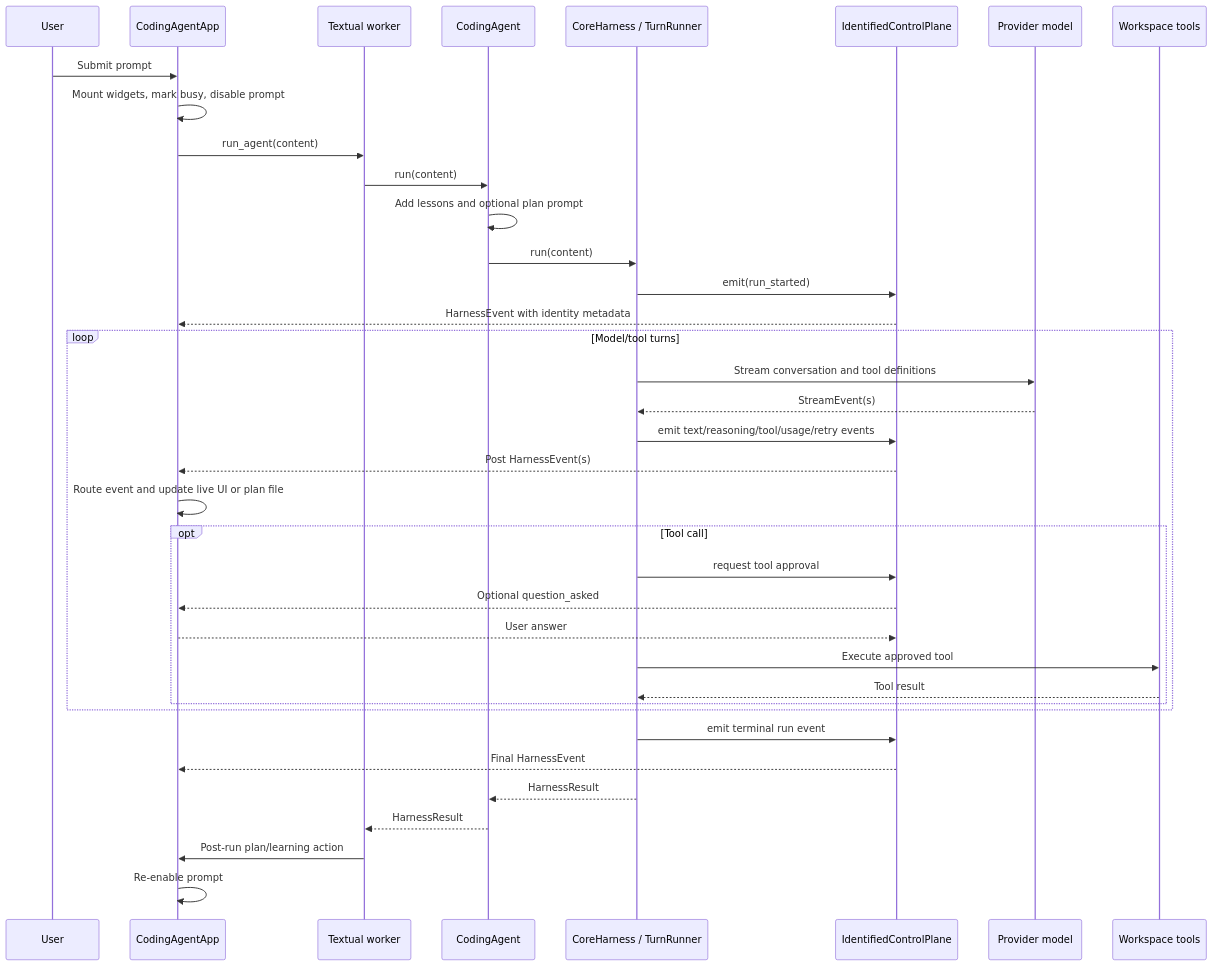
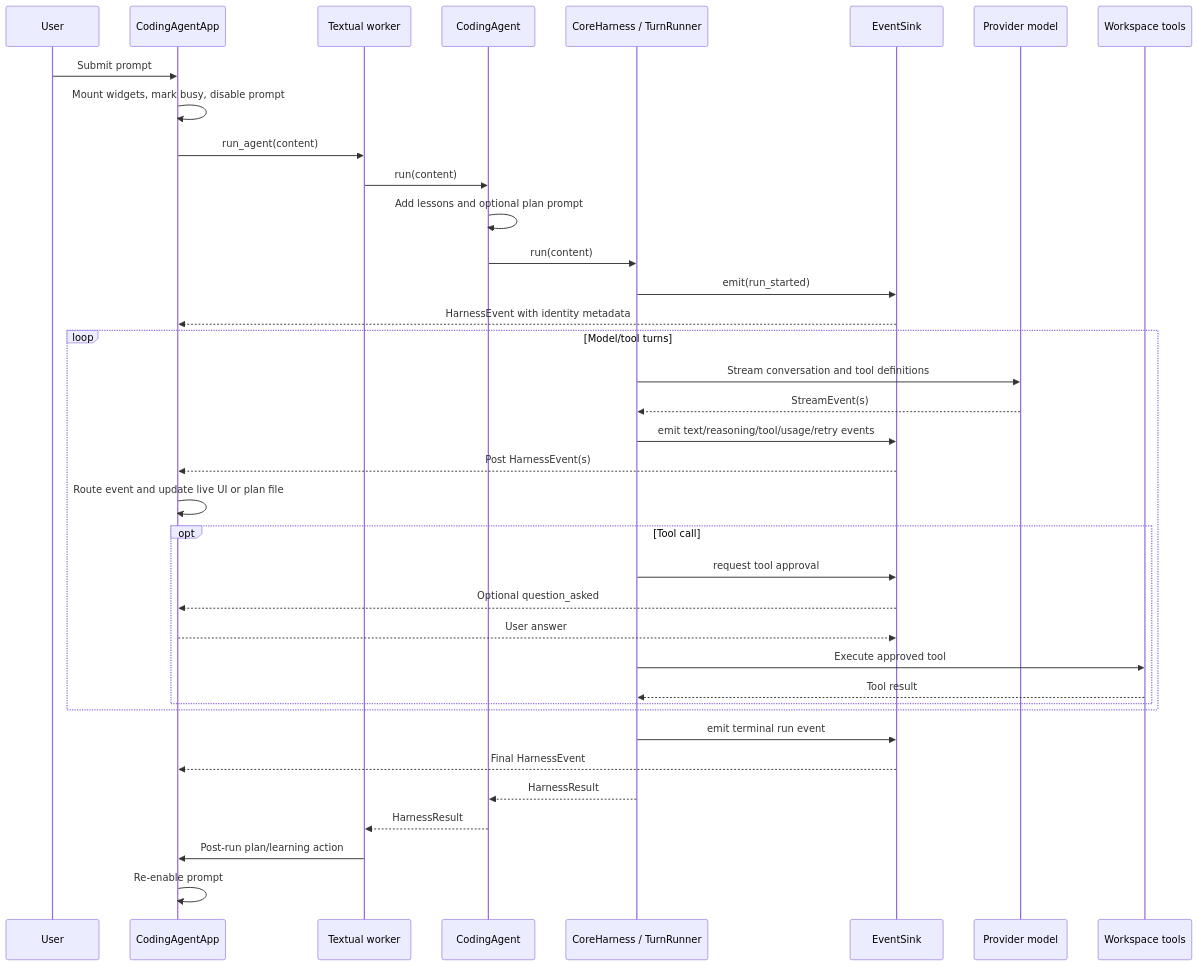
The second of 4 diagrams in coding_agent/TUI_ARCHITECTURE.md (Sarthakischauhan/symphony), drawn with Mermaid before and after one commit. The commit also changed other lines of this file and 63 other files, not shown here.

Commit message:
refactor: clean up event and runtime architecture

````diff
--- a/coding_agent/TUI_ARCHITECTURE.md
+++ b/coding_agent/TUI_ARCHITECTURE.md
@@ -82,42 +82,42 @@
 ```mermaid
 sequenceDiagram
     participant User
     participant TUI as CodingAgentApp
     participant Worker as Textual worker
     participant Agent as CodingAgent
     participant Harness as CoreHarness / TurnRunner
-    participant Plane as IdentifiedControlPlane
+    participant Plane as EventSink
     participant Model as Provider model
     participant Tools as Workspace tools
 
     User->>TUI: Submit prompt
     TUI->>TUI: Mount widgets, mark busy, disable prompt
     TUI->>Worker: run_agent(content)
     Worker->>Agent: run(content)
     Agent->>Agent: Add lessons and optional plan prompt
     Agent->>Harness: run(content)
     Harness->>Plane: emit(run_started)
     Plane-->>TUI: HarnessEvent with identity metadata
 
     loop Model/tool turns
         Harness->>Model: Stream conversation and tool definitions
         Model-->>Harness: StreamEvent(s)
         Harness->>Plane: emit text/reasoning/tool/usage/retry events
         Plane-->>TUI: Post HarnessEvent(s)
         TUI->>TUI: Route event and update live UI or plan file
         opt Tool call
             Harness->>Plane: request tool approval
             Plane-->>TUI: Optional question_asked
             TUI-->>Plane: User answer
             Harness->>Tools: Execute approved tool
             Tools-->>Harness: Tool result
         end
     end
 
     Harness->>Plane: emit terminal run event
     Plane-->>TUI: Final HarnessEvent
     Harness-->>Agent: HarnessResult
     Agent-->>Worker: HarnessResult
     Worker->>TUI: Post-run plan/learning action
     TUI->>TUI: Re-enable prompt
 ```
````
